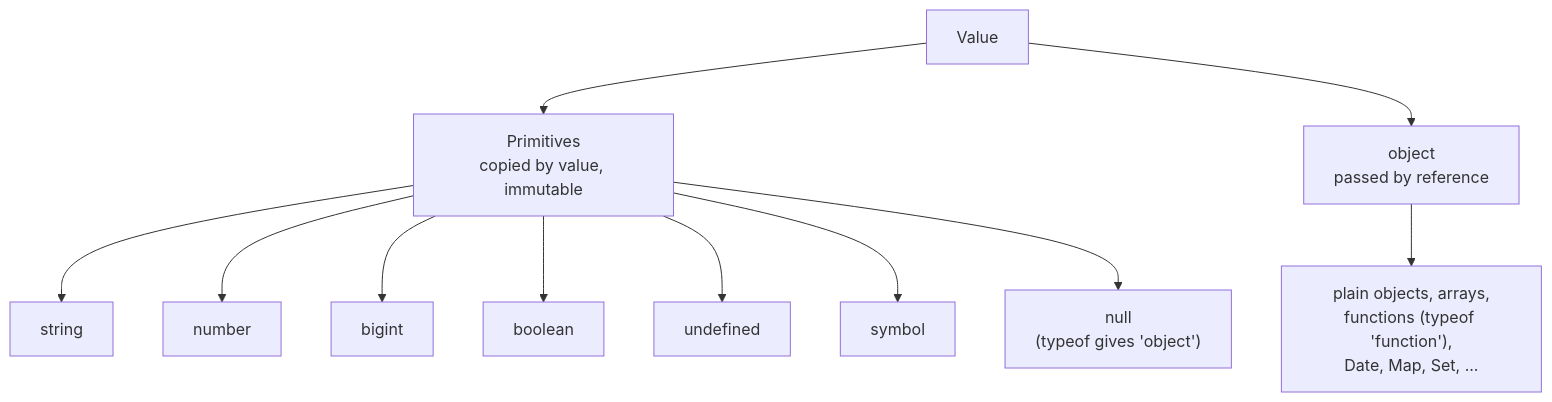
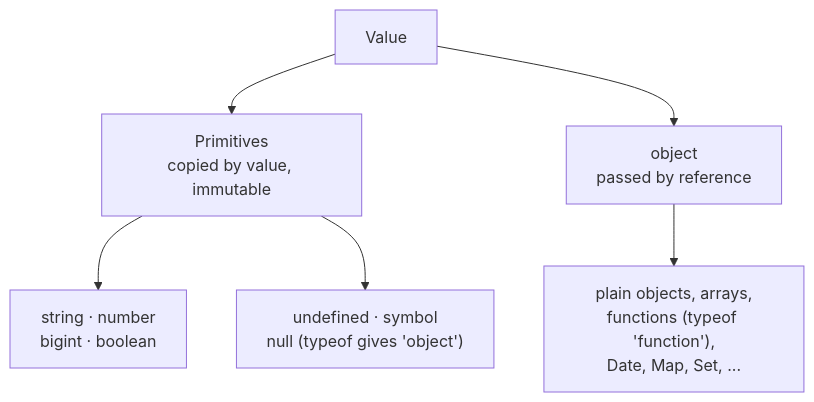
Before and after one commit to IGMiller777/frontend-gym: the first of 2 diagrams in content/lessons/js-core/js-types.en.md, drawn with Mermaid. The commit also changed 19 other files, not shown here.

First line of the commit message:
lessons: fit wide diagrams in JS and React lessons into the column

````diff
--- a/content/lessons/js-core/js-types.en.md
+++ b/content/lessons/js-core/js-types.en.md
@@ -11,8 +11,8 @@
 ```mermaid
 flowchart TB
   V["Value"] --> P["Primitives<br/>copied by value, immutable"]
   V --> O["object<br/>passed by reference"]
-  P --> P1["string"] & P2["number"] & P3["bigint"] & P4["boolean"]
-  P --> P5["undefined"] & P6["symbol"] & P7["null<br/>(typeof gives 'object')"]
+  P --> PA["string · number<br/>bigint · boolean"]
+  P --> PB["undefined · symbol<br/>null (typeof gives 'object')"]
   O --> O1["plain objects, arrays,<br/>functions (typeof 'function'),<br/>Date, Map, Set, ..."]
 ```
````
